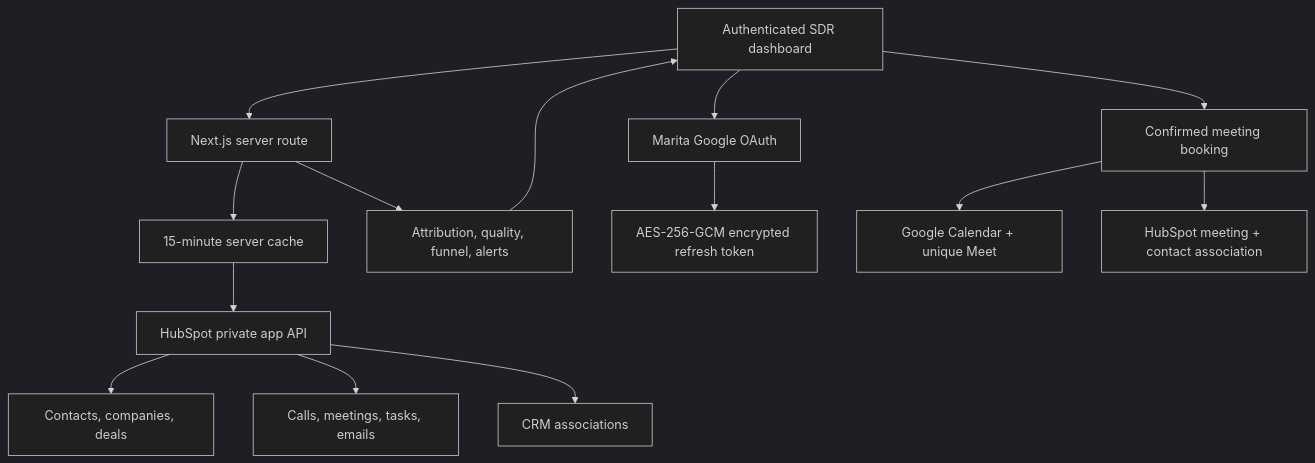
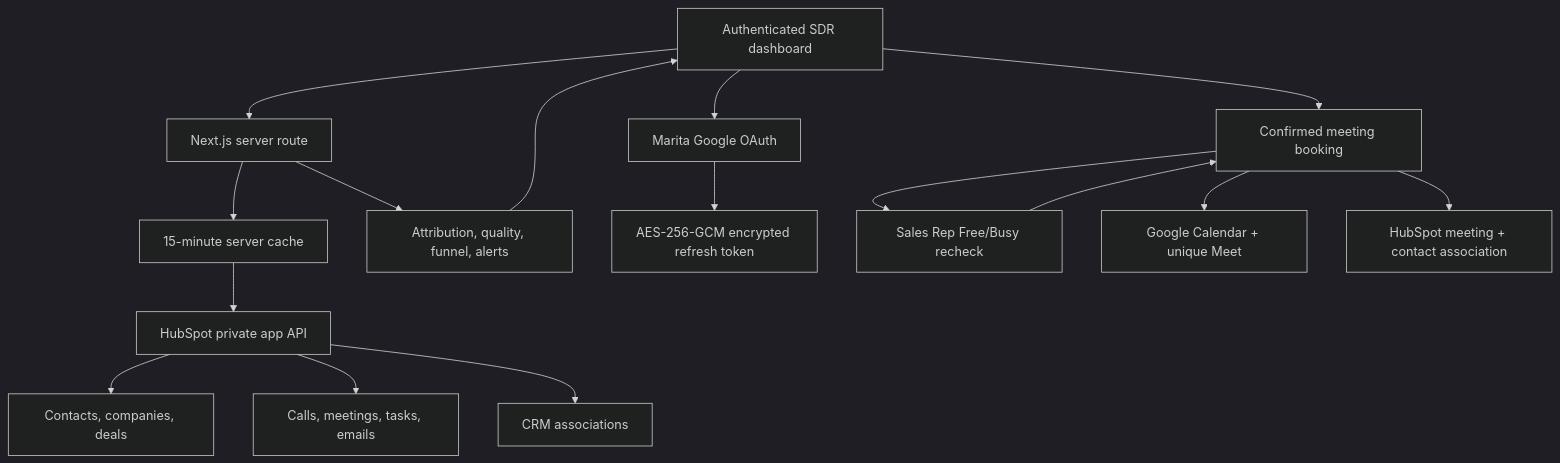
One commit to amohamed-alt/SDR-Project changed the first of 2 diagrams in docs/ARCHITECTURE.md. Above: the diagram before and after it, drawn with Mermaid (dark theme). The commit also changed other lines of this file and 13 other files, not shown here.

Commit message:
Add Sales Rep calendar availability checks

````diff
--- a/docs/ARCHITECTURE.md
+++ b/docs/ARCHITECTURE.md
@@ -3,16 +3,18 @@
 ```mermaid
 flowchart TD
     UI["Authenticated SDR dashboard"] --> API["Next.js server route"]
     API --> Cache["15-minute server cache"]
     Cache --> HS["HubSpot private app API"]
     HS --> CRM["Contacts, companies, deals"]
     HS --> ENG["Calls, meetings, tasks, emails"]
     HS --> ASSOC["CRM associations"]
     API --> AGG["Attribution, quality, funnel, alerts"]
     AGG --> UI
     UI --> OAUTH["Marita Google OAuth"]
     OAUTH --> TOKENS["AES-256-GCM encrypted refresh token"]
     UI --> BOOK["Confirmed meeting booking"]
+    BOOK --> FB["Sales Rep Free/Busy recheck"]
+    FB --> BOOK
     BOOK --> GCAL["Google Calendar + unique Meet"]
     BOOK --> HSM["HubSpot meeting + contact association"]
 ```
````
